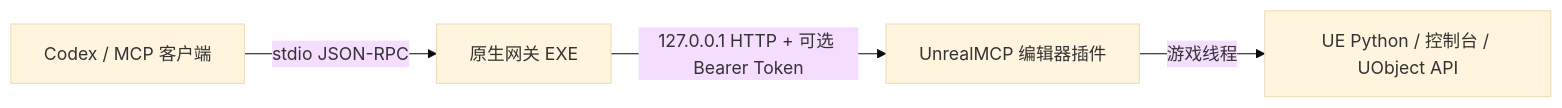
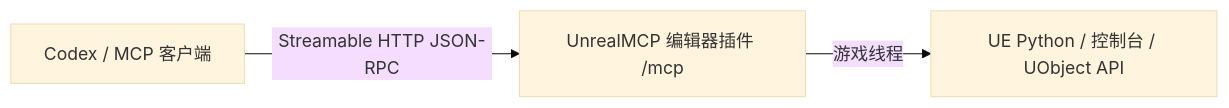
Before and after one commit to AvatarGanymede/ue5.7-mcp: the diagram in README.zh-CN.md, drawn with Mermaid (base theme). The commit also changed other lines of this file and 34 other files, not shown here.

First line of the commit message:
In-editor Streamable HTTP MCP server

````diff
--- a/README.zh-CN.md
+++ b/README.zh-CN.md
@@ -20,6 +17,5 @@
 ```mermaid
 flowchart LR
-    C["Codex / MCP 客户端"] -->|"stdio JSON-RPC"| G["原生网关 EXE"]
-    G -->|"127.0.0.1 HTTP + 可选 Bearer Token"| P["UnrealMCP 编辑器插件"]
+    C["Codex / MCP 客户端"] -->|"Streamable HTTP JSON-RPC"| P["UnrealMCP 编辑器插件 /mcp"]
     P -->|"游戏线程"| U["UE Python / 控制台 / UObject API"]
 ```
````
